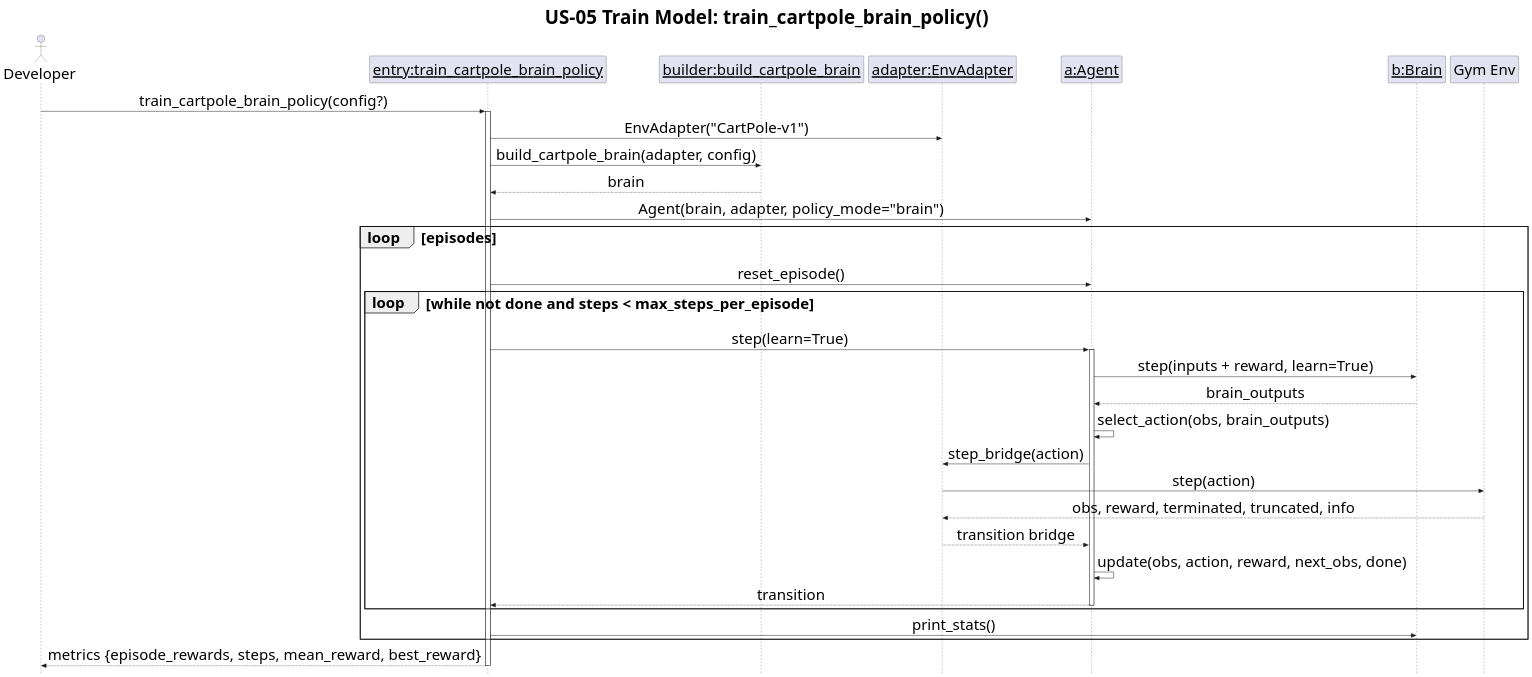
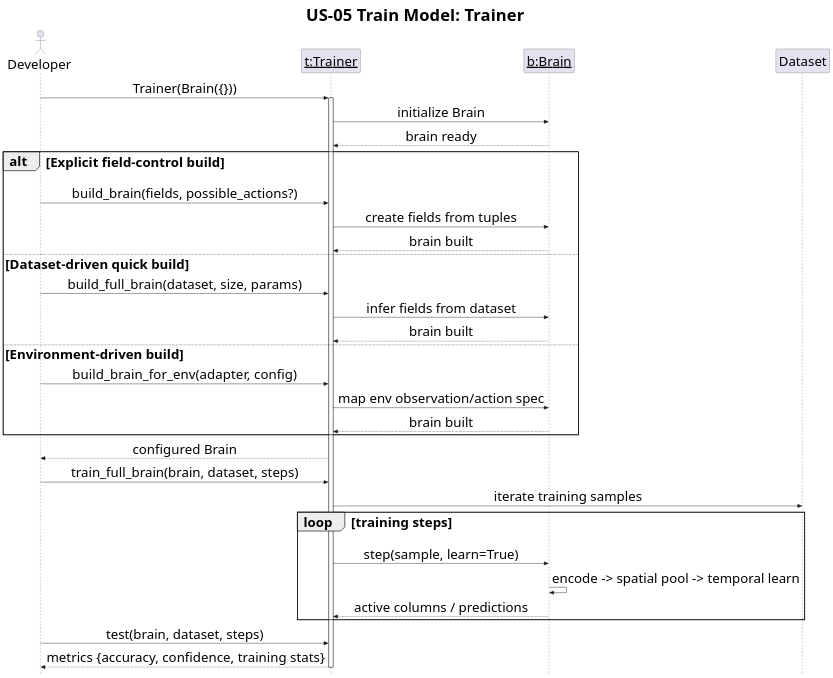
The diagram in docs/puml/US/us-05.puml (egrembocki/htmrl), drawn with PlantUML before and after one commit. The commit also changed 1 other file, not shown here.

```diff
--- a/docs/puml/US/us-05.puml
+++ b/docs/puml/US/us-05.puml
@@ -1,50 +1,52 @@
 @startuml
 scale 2000 width
 scale 2000 height
 skinparam style strictuml
 skinparam defaultFontSize 32
 skinparam TitleFontSize 40
 skinparam ObjectFontSize 30
 
 skinparam sequenceMessageAlign center
 skinparam responseMessageBelowArrow true
 
-title US-05 Train Model: train_cartpole_brain_policy()
+title US-05 Train Model: Trainer
 
 actor Developer as Dev
-participant "<u>entry:train_cartpole_brain_policy</u>" as Entry
-participant "<u>builder:build_cartpole_brain</u>" as Build
-participant "<u>adapter:EnvAdapter</u>" as EA
-participant "<u>a:Agent</u>" as AG
+participant "<u>t:Trainer</u>" as TR
 participant "<u>b:Brain</u>" as BR
-participant "Gym Env" as ENV
+participant "Dataset" as DS
 
-Dev -> Entry: train_cartpole_brain_policy(config?)
-activate Entry
-Entry -> EA: EnvAdapter("CartPole-v1")
-Entry -> Build: build_cartpole_brain(adapter, config)
-Build --> Entry: brain
-Entry -> AG: Agent(brain, adapter, policy_mode="brain")
+Dev -> TR: Trainer(Brain({}))
+activate TR
+TR -> BR: initialize Brain
+BR --> TR: brain ready
 
-loop episodes
-  Entry -> AG: reset_episode()
-  loop while not done and steps < max_steps_per_episode
-    Entry -> AG: step(learn=True)
-    activate AG
-    AG -> BR: step(inputs + reward, learn=True)
-    BR --> AG: brain_outputs
-    AG -> AG: select_action(obs, brain_outputs)
-    AG -> EA: step_bridge(action)
-    EA -> ENV: step(action)
-    ENV --> EA: obs, reward, terminated, truncated, info
-    EA --> AG: transition bridge
-    AG -> AG: update(obs, action, reward, next_obs, done)
-    AG --> Entry: transition
-    deactivate AG
-  end
-  Entry -> BR: print_stats()
+alt Explicit field-control build
+  Dev -> TR: build_brain(fields, possible_actions?)
+  TR -> BR: create fields from tuples
+  BR --> TR: brain built
+else Dataset-driven quick build
+  Dev -> TR: build_full_brain(dataset, size, params)
+  TR -> BR: infer fields from dataset
+  BR --> TR: brain built
+else Environment-driven build
+  Dev -> TR: build_brain_for_env(adapter, config)
+  TR -> BR: map env observation/action spec
+  BR --> TR: brain built
 end
 
-Entry --> Dev: metrics {episode_rewards, steps, mean_reward, best_reward}
-deactivate Entry
+TR --> Dev: configured Brain
+
+Dev -> TR: train_full_brain(brain, dataset, steps)
+TR -> DS: iterate training samples
+
+loop training steps
+  TR -> BR: step(sample, learn=True)
+  BR -> BR: encode -> spatial pool -> temporal learn
+  BR --> TR: active columns / predictions
+end
+
+Dev -> TR: test(brain, dataset, steps)
+TR --> Dev: metrics {accuracy, confidence, training stats}
+deactivate TR
 @enduml
```
